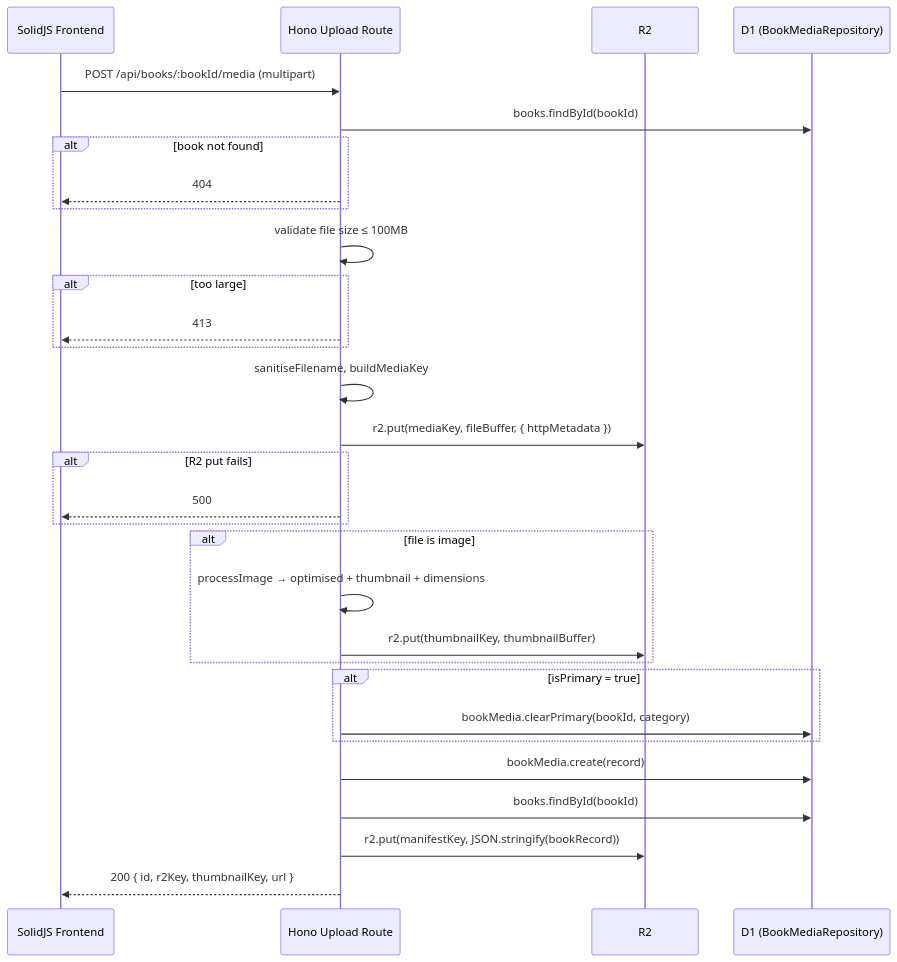
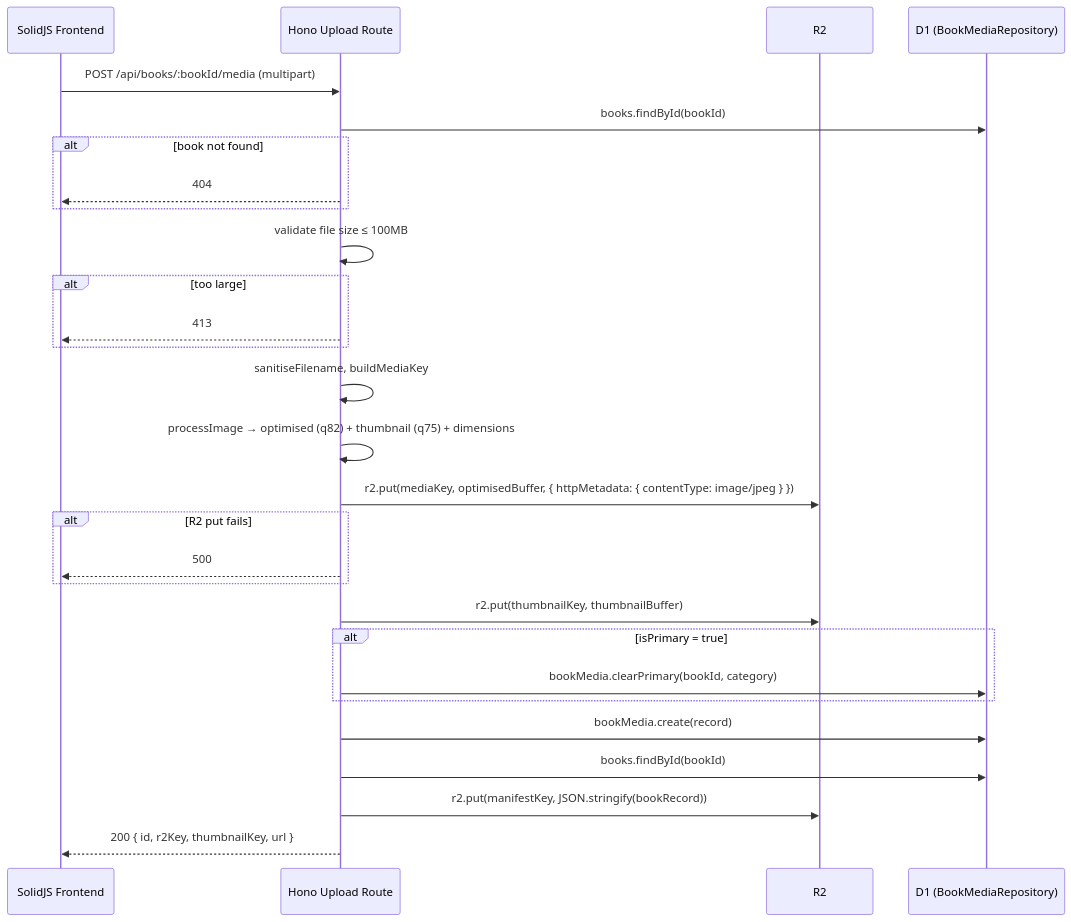
One commit to luistrigueiros/fbp-bookshop changed the second of 4 diagrams in .kiro/specs/book-media-support/design.md. Above: the diagram before and after it, drawn with Mermaid. The commit also changed other lines of this file and 16 other files, not shown here.

````diff
--- a/.kiro/specs/book-media-support/design.md
+++ b/.kiro/specs/book-media-support/design.md
@@ -341,33 +350,31 @@
 ```mermaid
 sequenceDiagram
     participant FE as SolidJS Frontend
     participant Hono as Hono Upload Route
     participant R2
     participant DB as D1 (BookMediaRepository)
 
     FE->>Hono: POST /api/books/:bookId/media (multipart)
     Hono->>DB: books.findById(bookId)
     alt book not found
         Hono-->>FE: 404
     end
     Hono->>Hono: validate file size ≤ 100MB
     alt too large
         Hono-->>FE: 413
     end
     Hono->>Hono: sanitiseFilename, buildMediaKey
-    Hono->>R2: r2.put(mediaKey, fileBuffer, { httpMetadata })
+    Hono->>Hono: processImage → optimised (q82) + thumbnail (q75) + dimensions
+    Hono->>R2: r2.put(mediaKey, optimisedBuffer, { httpMetadata: { contentType: image/jpeg } })
     alt R2 put fails
         Hono-->>FE: 500
     end
-    alt file is image
-        Hono->>Hono: processImage → optimised + thumbnail + dimensions
-        Hono->>R2: r2.put(thumbnailKey, thumbnailBuffer)
-    end
+    Hono->>R2: r2.put(thumbnailKey, thumbnailBuffer)
     alt isPrimary = true
         Hono->>DB: bookMedia.clearPrimary(bookId, category)
     end
     Hono->>DB: bookMedia.create(record)
     Hono->>DB: books.findById(bookId)
     Hono->>R2: r2.put(manifestKey, JSON.stringify(bookRecord))
     Hono-->>FE: 200 { id, r2Key, thumbnailKey, url }
 ```
````
